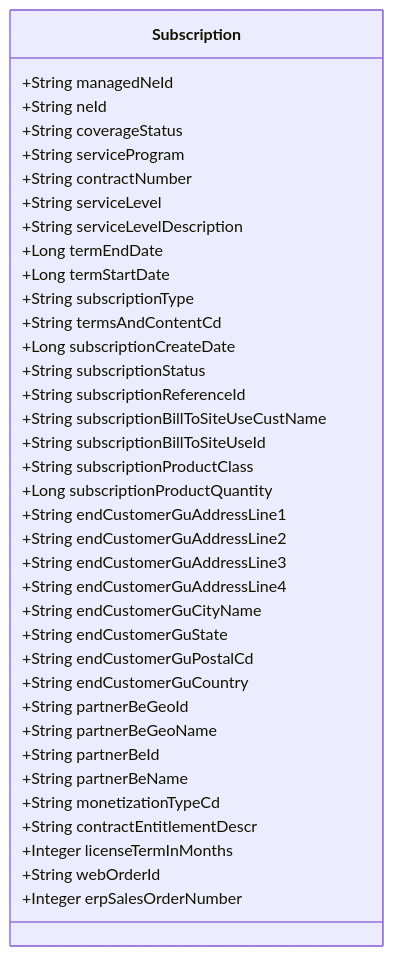
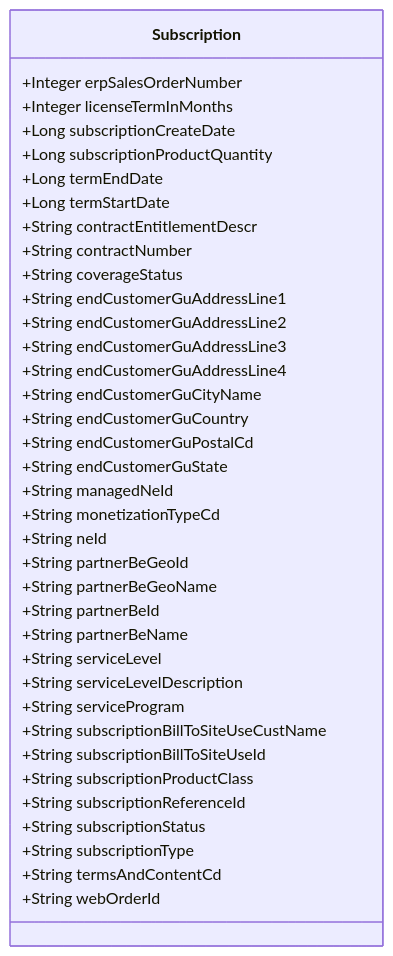
One commit to tadeckar/assets-docs changed the diagram in content/ingestion/schema/subscriptions.md. Above: the diagram before and after it, drawn with Mermaid. The commit also changed other lines of this file and 46 other files, not shown here.

Commit message:
Add License schema

```diff
--- a/content/ingestion/schema/subscriptions.md
+++ b/content/ingestion/schema/subscriptions.md
@@ -5,40 +5,40 @@
 {{< mermaid >}}
 classDiagram
   class Subscription{
-    +String managedNeId
-    +String neId
-    +String coverageStatus
-    +String serviceProgram
-    +String contractNumber
-    +String serviceLevel
-    +String serviceLevelDescription
+    +Integer erpSalesOrderNumber
+    +Integer licenseTermInMonths
+    +Long subscriptionCreateDate
+    +Long subscriptionProductQuantity
     +Long termEndDate
     +Long termStartDate
-    +String subscriptionType
-    +String termsAndContentCd
-    +Long subscriptionCreateDate
-    +String subscriptionStatus
-    +String subscriptionReferenceId
-    +String subscriptionBillToSiteUseCustName
-    +String subscriptionBillToSiteUseId
-    +String subscriptionProductClass
-    +Long subscriptionProductQuantity
+    +String contractEntitlementDescr
+    +String contractNumber
+    +String coverageStatus
     +String endCustomerGuAddressLine1
     +String endCustomerGuAddressLine2
     +String endCustomerGuAddressLine3
     +String endCustomerGuAddressLine4
     +String endCustomerGuCityName
+    +String endCustomerGuCountry
+    +String endCustomerGuPostalCd
     +String endCustomerGuState
-    +String endCustomerGuPostalCd
-    +String endCustomerGuCountry
+    +String managedNeId
+    +String monetizationTypeCd
+    +String neId
     +String partnerBeGeoId
     +String partnerBeGeoName
     +String partnerBeId
     +String partnerBeName
-    +String monetizationTypeCd
-    +String contractEntitlementDescr
-    +Integer licenseTermInMonths
+    +String serviceLevel
+    +String serviceLevelDescription
+    +String serviceProgram
+    +String subscriptionBillToSiteUseCustName
+    +String subscriptionBillToSiteUseId
+    +String subscriptionProductClass
+    +String subscriptionReferenceId
+    +String subscriptionStatus
+    +String subscriptionType
+    +String termsAndContentCd
     +String webOrderId
-    +Integer erpSalesOrderNumber
   }
 {{< /mermaid >}}
```
